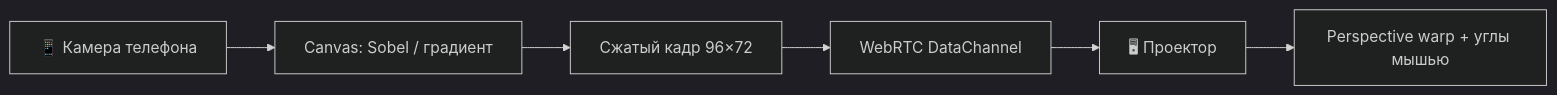
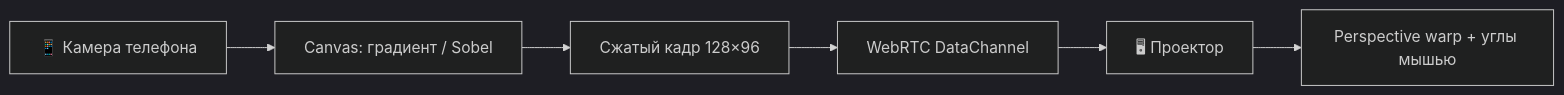
The diagram in _posts/2026-07-08-camera-projector-sync-ru.md (evgeniy-borisov/vairl), drawn with Mermaid (dark theme) before and after one commit. The commit also changed other lines of this file and 1 other file, not shown here.

First line of the commit message:
Правки статьи «Камера → проектор» по PubLens Blog ревью (minor).

````diff
--- a/_posts/2026-07-08-camera-projector-sync-ru.md
+++ b/_posts/2026-07-08-camera-projector-sync-ru.md
@@ -22,8 +22,8 @@
 ```mermaid
 flowchart LR
-  CAM["📱 Камера телефона"] --> PROC["Canvas: Sobel / градиент"]
-  PROC --> PACK["Сжатый кадр 96×72"]
+  CAM["📱 Камера телефона"] --> PROC["Canvas: градиент / Sobel"]
+  PROC --> PACK["Сжатый кадр 128×96"]
   PACK --> DC["WebRTC DataChannel"]
   DC --> PROJ["🖥 Проектор"]
   PROJ --> WARP["Perspective warp + углы мышью"]
 ```
````
